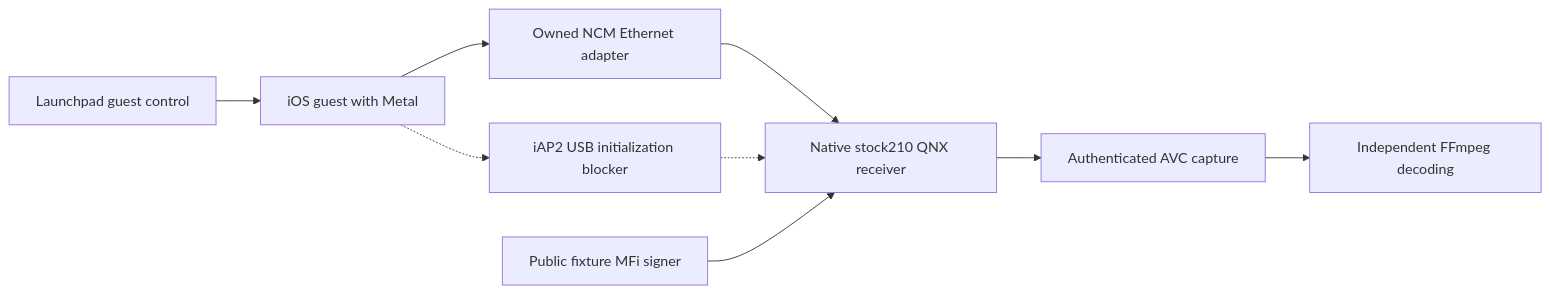
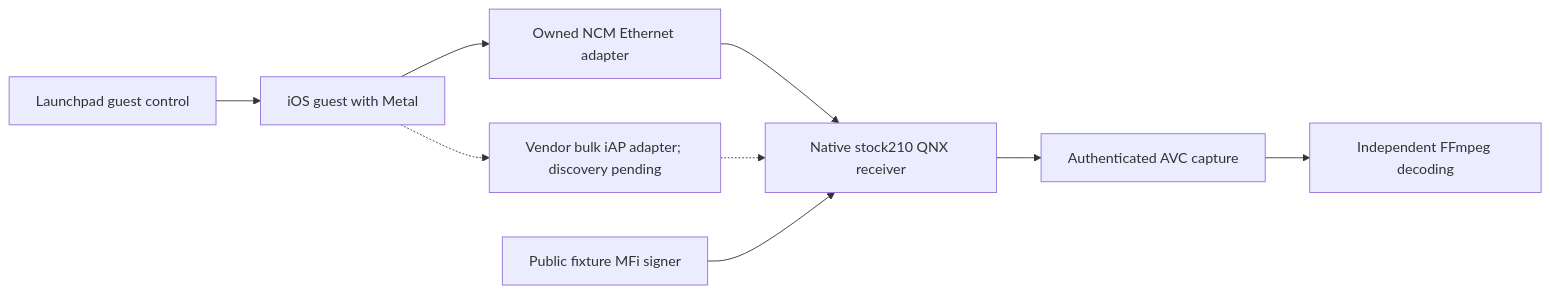
One commit to luka-dev/mib2q-carplay-rgi changed the diagram in docs/wireless-carplay/VPHONE_LAB.md. Above: the diagram before and after it, drawn with Mermaid. The commit also changed other lines of this file and 7 other files, not shown here.

Commit message:
Adapt native guest iAP USB interface to supported VZ vendor bulk transport

````diff
--- a/docs/wireless-carplay/VPHONE_LAB.md
+++ b/docs/wireless-carplay/VPHONE_LAB.md
@@ -77,14 +77,14 @@
 ```mermaid
 flowchart LR
     accTitle: vphone CarPlay Laboratory Migration
-    accDescr: vphone renders native applications and reaches QNX through its original NCM link. iAP2 attachment remains blocked by USB reinitialization, so MFi and video acceptance are pending.
+    accDescr: vphone renders native applications and reaches QNX through its original NCM link. The vendor bulk iAP adapter enumerates, but accessory-manager discovery and native authentication remain pending.
 
     launchpad["Launchpad guest control"] --> ios_guest["iOS guest with Metal"]
     ios_guest --> ethernet_adapter["Owned NCM Ethernet adapter"]
     ethernet_adapter --> qnx_receiver["Native stock210 QNX receiver"]
-    ios_guest -.-> iap_adapter["iAP2 USB initialization blocker"]
+    ios_guest -.-> iap_adapter["Vendor bulk iAP adapter; discovery pending"]
     iap_adapter -.-> qnx_receiver
     mfi_signer["Public fixture MFi signer"] --> qnx_receiver
     qnx_receiver --> video_capture["Authenticated AVC capture"]
     video_capture --> independent_decode["Independent FFmpeg decoding"]
 ```
````
